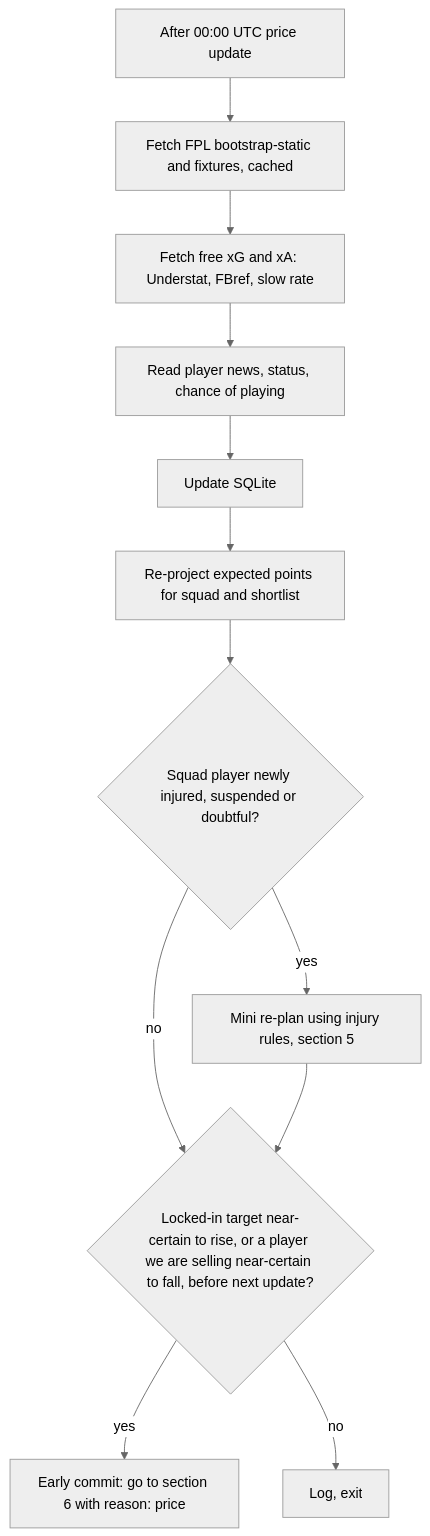
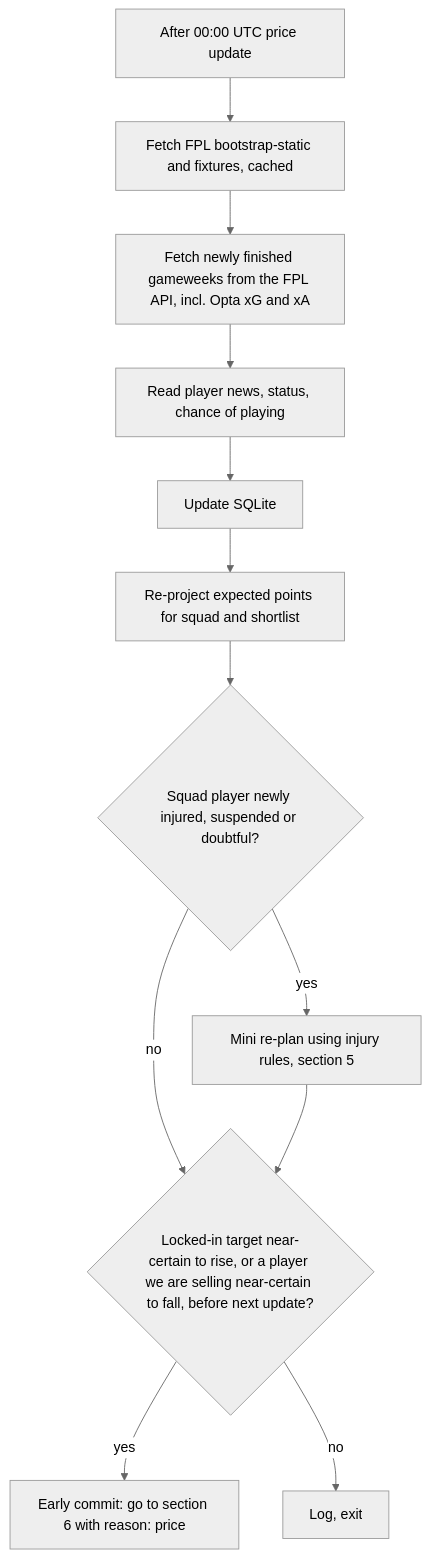
Before and after one commit to GolugulaVishnu/FPL_bot: the fourth of 10 diagrams in docs/system-flow.md, drawn with Mermaid (neutral theme). The commit also changed other lines of this file and 11 other files, not shown here.

````diff
--- a/docs/system-flow.md
+++ b/docs/system-flow.md
@@ -105,14 +107,14 @@
 ```mermaid
 flowchart TD
   A["After 00:00 UTC price update"] --> B["Fetch FPL bootstrap-static and fixtures, cached"]
-  B --> C["Fetch free xG and xA: Understat, FBref, slow rate"]
+  B --> C["Fetch newly finished gameweeks from the FPL API, incl. Opta xG and xA"]
   C --> D["Read player news, status, chance of playing"]
   D --> E["Update SQLite"]
   E --> F["Re-project expected points for squad and shortlist"]
   F --> G{"Squad player newly injured, suspended or doubtful?"}
   G -- yes --> H["Mini re-plan using injury rules, section 5"]
   G -- no --> I
   H --> I{"Locked-in target near-certain to rise, or a player we are selling near-certain to fall, before next update?"}
   I -- yes --> J["Early commit: go to section 6 with reason: price"]
   I -- no --> K["Log, exit"]
 ```
````
